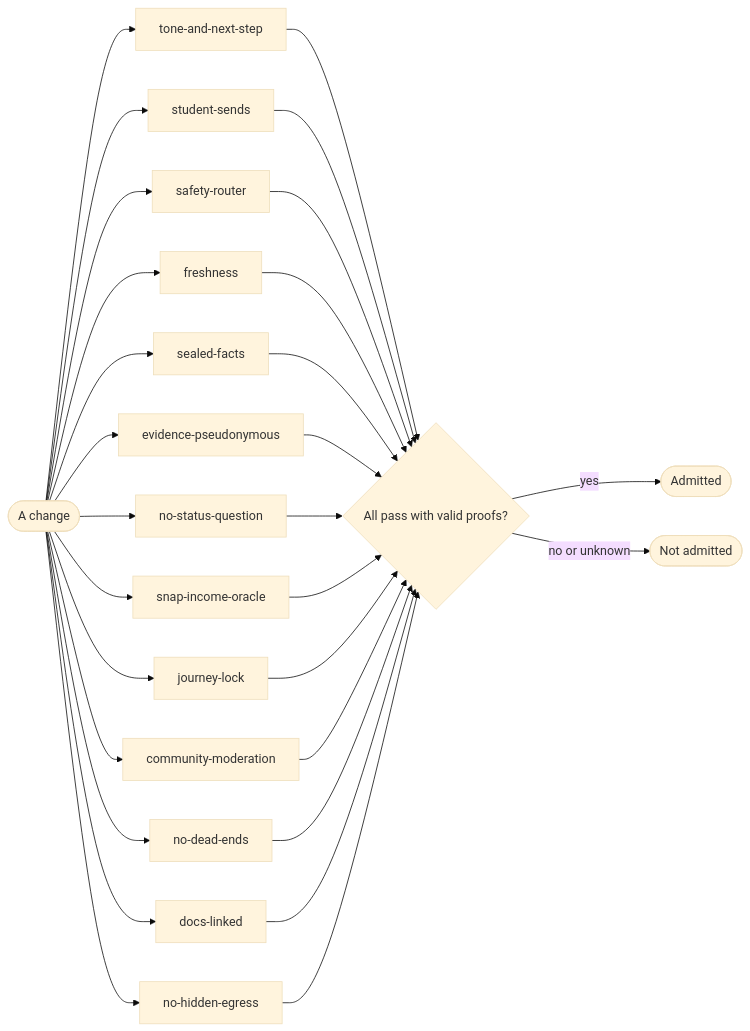
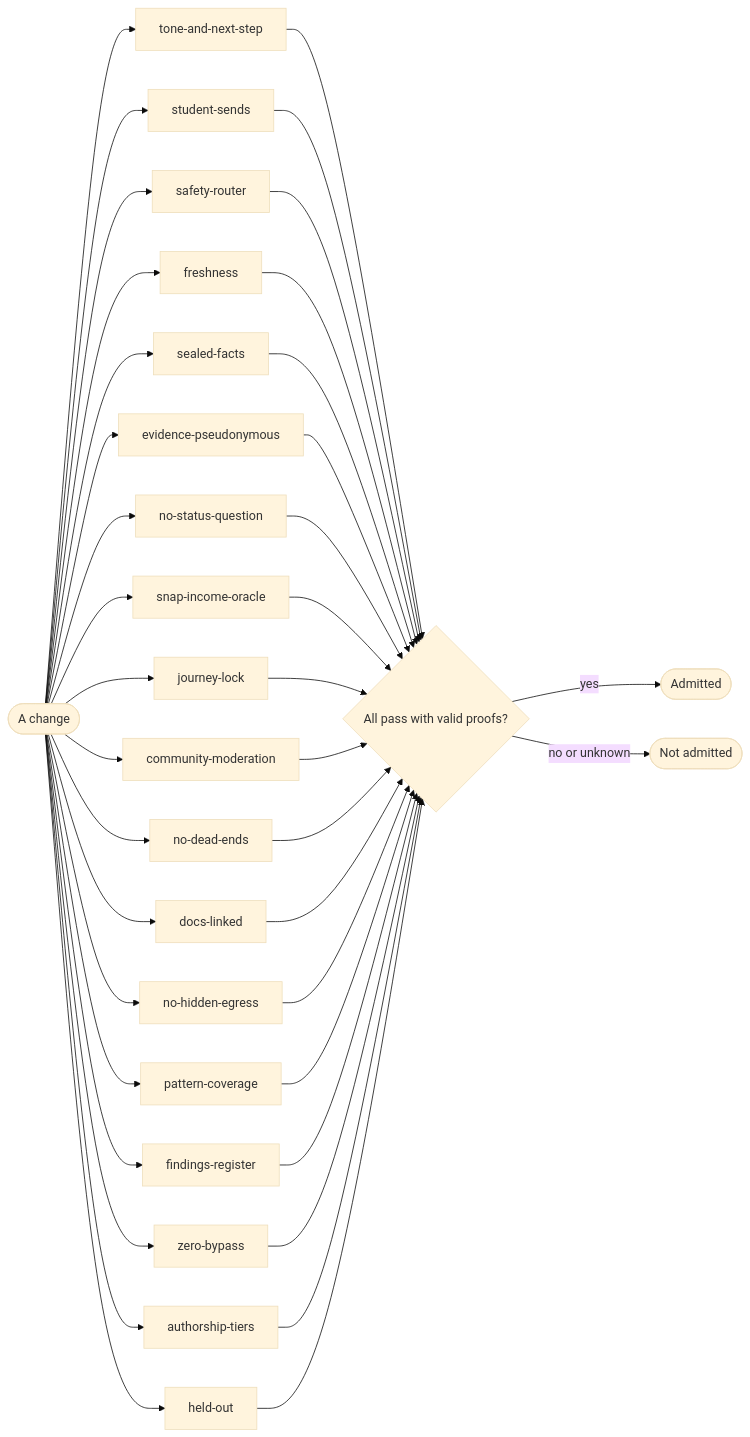
One commit to russlittle/ZTHR changed the diagram in docs/testing/gates.md. Above: the diagram before and after it, drawn with Mermaid (base theme). The commit also changed other lines of this file and 31 other files, not shown here.

````diff
--- a/docs/testing/gates.md
+++ b/docs/testing/gates.md
@@ -8,19 +8,24 @@
 ```mermaid
 flowchart LR
   tone_and_next_step["tone-and-next-step"]
   student_sends["student-sends"]
   safety_router["safety-router"]
   freshness["freshness"]
   sealed_facts["sealed-facts"]
   evidence_pseudonymous["evidence-pseudonymous"]
   no_status_question["no-status-question"]
   snap_income_oracle["snap-income-oracle"]
   journey_lock["journey-lock"]
   community_moderation["community-moderation"]
   no_dead_ends["no-dead-ends"]
   docs_linked["docs-linked"]
   no_hidden_egress["no-hidden-egress"]
-  change([A change]) --> tone_and_next_step & student_sends & safety_router & freshness & sealed_facts & evidence_pseudonymous & no_status_question & snap_income_oracle & journey_lock & community_moderation & no_dead_ends & docs_linked & no_hidden_egress --> admit{All pass with valid proofs?}
+  pattern_coverage["pattern-coverage"]
+  findings_register["findings-register"]
+  zero_bypass["zero-bypass"]
+  authorship_tiers["authorship-tiers"]
+  held_out["held-out"]
+  change([A change]) --> tone_and_next_step & student_sends & safety_router & freshness & sealed_facts & evidence_pseudonymous & no_status_question & snap_income_oracle & journey_lock & community_moderation & no_dead_ends & docs_linked & no_hidden_egress & pattern_coverage & findings_register & zero_bypass & authorship_tiers & held_out --> admit{All pass with valid proofs?}
   admit -- yes --> ok([Admitted])
   admit -- no or unknown --> no([Not admitted])
 ```
````
